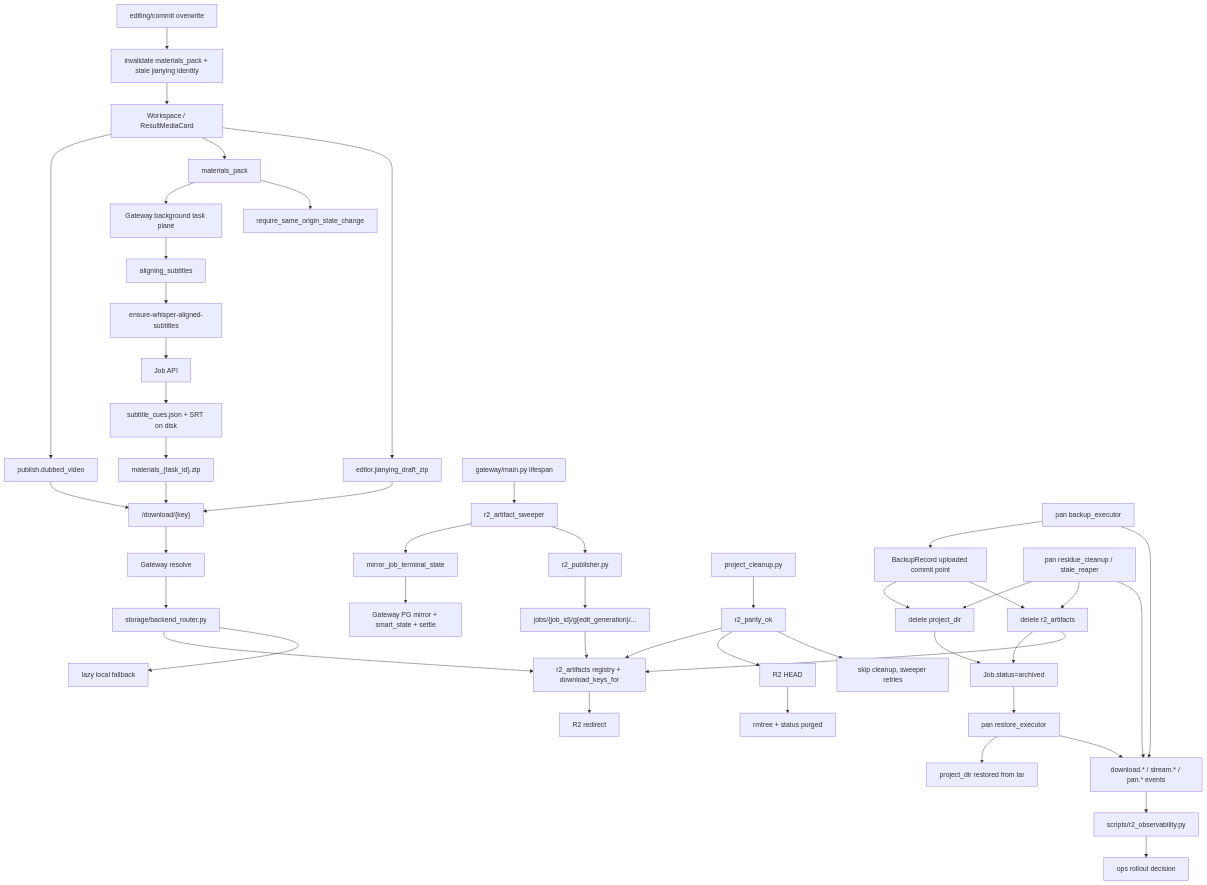
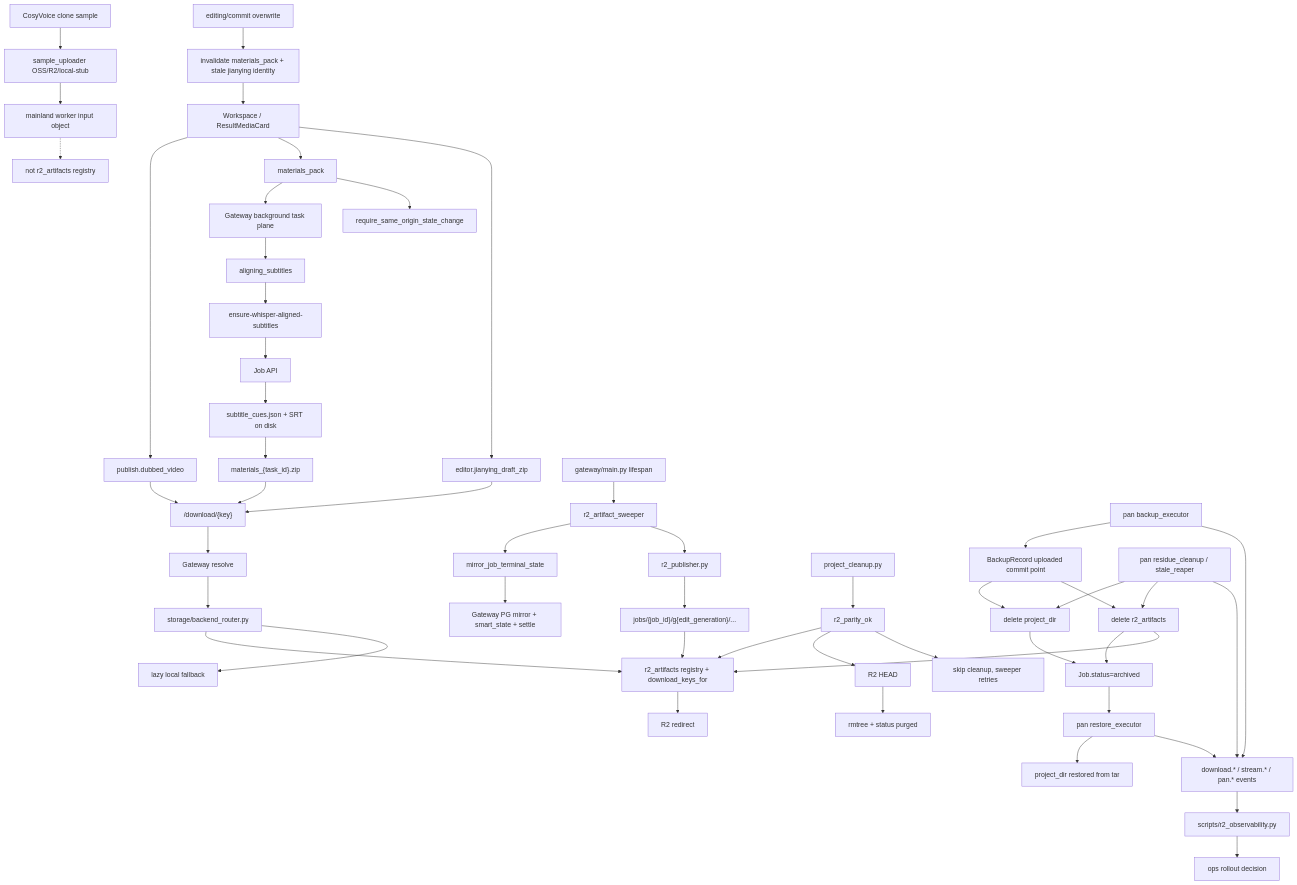
Before and after one commit to sun9bear/AITransVideo: the diagram in docs/graphs/GITNEXUS_STORAGE_DELIVERY_R2_GRAPH.md, drawn with Mermaid. The commit also changed other lines of this file and 13 other files, not shown here.

Commit message:
docs(graphs): refresh GitNexus maps for May 28

````diff
--- a/docs/graphs/GITNEXUS_STORAGE_DELIVERY_R2_GRAPH.md
+++ b/docs/graphs/GITNEXUS_STORAGE_DELIVERY_R2_GRAPH.md
@@ -20,56 +21,60 @@
 ```mermaid
 graph TD
     ResultUI["Workspace / ResultMediaCard"] --> Video["publish.dubbed_video"]
     ResultUI --> Pack["materials_pack"]
     ResultUI --> JDraft["editor.jianying_draft_zip"]
 
     Pack --> TaskPlane["Gateway background task plane"]
     Pack --> CSRF["require_same_origin_state_change"]
     TaskPlane --> PreAlign["aligning_subtitles"]
     PreAlign --> EnsureApi["ensure-whisper-aligned-subtitles"]
     EnsureApi --> JobApi["Job API"]
     JobApi --> OnDiskSrt["subtitle_cues.json + SRT on disk"]
     OnDiskSrt --> PackZip["materials_{task_id}.zip"]
 
     Video --> DownloadKey["/download/{key}"]
     JDraft --> DownloadKey
     PackZip --> DownloadKey
     DownloadKey --> Gateway["Gateway resolve"]
     Gateway --> Router["storage/backend_router.py"]
     Router --> Registry["r2_artifacts registry + download_keys_for"]
     Registry --> R2["R2 redirect"]
     Router --> Local["lazy local fallback"]
 
     MainLife["gateway/main.py lifespan"] --> Sweeper["r2_artifact_sweeper"]
     Sweeper --> Mirror["mirror_job_terminal_state"]
     Mirror --> PG["Gateway PG mirror + smart_state + settle"]
     Sweeper --> Publisher["r2_publisher.py"]
     Publisher --> Keys["jobs/{job_id}/g{edit_generation}/..."]
     Keys --> Registry
 
     Cleanup["project_cleanup.py"] --> Parity["r2_parity_ok"]
     Parity --> Registry
     Parity --> Head["R2 HEAD"]
     Head --> Purge["rmtree + status purged"]
     Parity --> Skip["skip cleanup, sweeper retries"]
 
     PanBackup["pan backup_executor"] --> PanUploaded["BackupRecord uploaded commit point"]
     PanUploaded --> PanLocalDelete["delete project_dir"]
     PanUploaded --> PanR2Delete["delete r2_artifacts"]
     PanLocalDelete --> PanArchived["Job.status=archived"]
     PanR2Delete --> PanArchived
     PanArchived --> PanRestore["pan restore_executor"]
     PanRestore --> RestoredProject["project_dir restored from tar"]
     PanR2Delete --> Registry
     PanResidue["pan residue_cleanup / stale_reaper"] --> PanLocalDelete
     PanResidue --> PanR2Delete
 
+    CosyClone["CosyVoice clone sample"] --> SampleUploader["sample_uploader OSS/R2/local-stub"]
+    SampleUploader --> WorkerInput["mainland worker input object"]
+    WorkerInput -.-> NotRegistry["not r2_artifacts registry"]
+
     EventLog["download.* / stream.* / pan.* events"] --> R2Obs["scripts/r2_observability.py"]
     PanBackup --> EventLog
     PanRestore --> EventLog
     PanResidue --> EventLog
     R2Obs --> Ops["ops rollout decision"]
 
     EditCommit["editing/commit overwrite"] --> Invalidate["invalidate materials_pack + stale jianying identity"]
     Invalidate --> ResultUI
 ```
````
